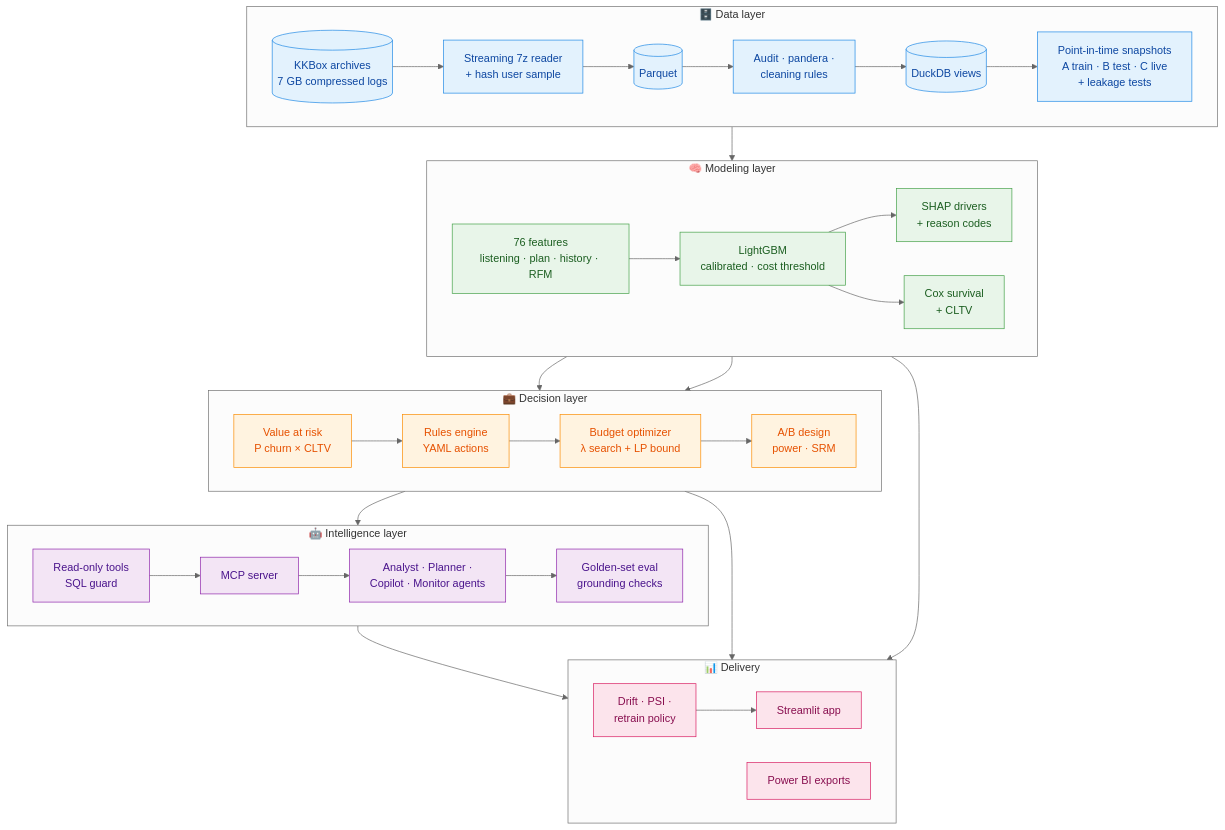
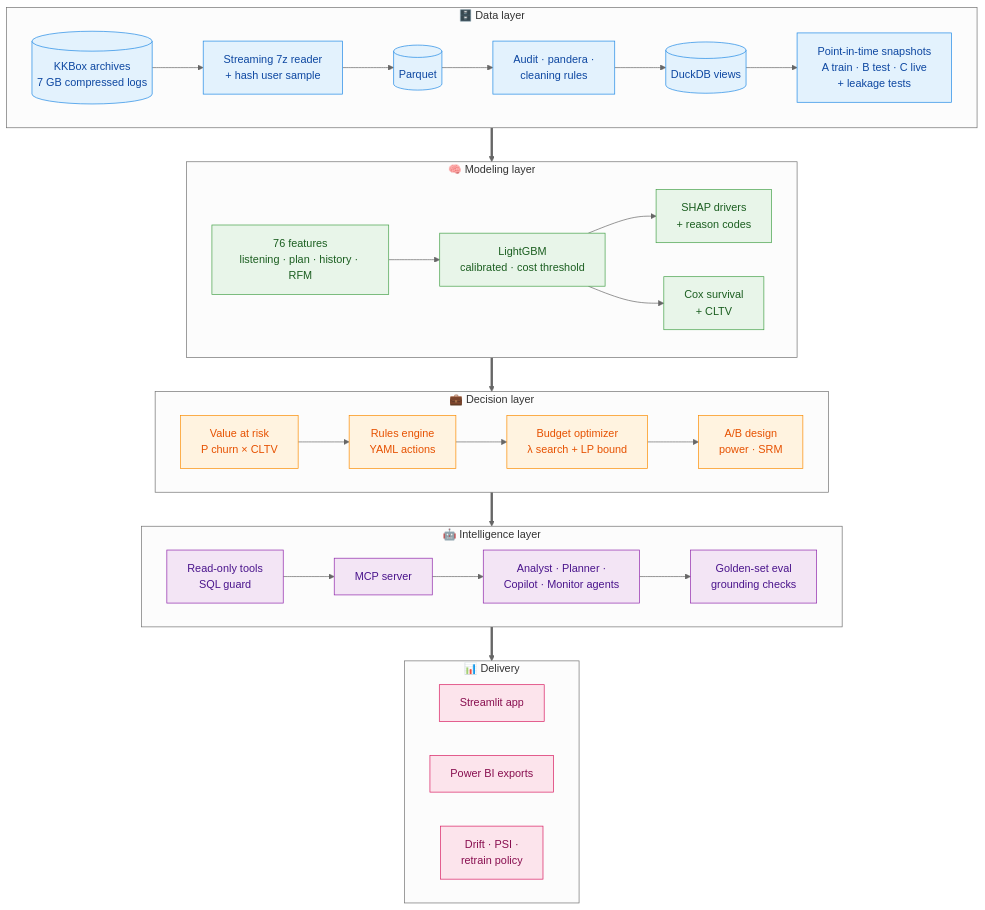
The diagram in README.md (LokeshMaan10/ChurnLens), drawn with Mermaid (neutral theme) before and after one commit.

Commit message:
README: connect architecture layers so each renders left to right

````diff
--- a/README.md
+++ b/README.md
@@ -32,59 +32,52 @@
 ```mermaid
 flowchart TB
     subgraph DATA["🗄️ Data layer"]
         direction LR
         RAW[("KKBox archives<br/>7 GB compressed logs")] --> STREAM["Streaming 7z reader<br/>+ hash user sample"]
         STREAM --> PQ[("Parquet")]
         PQ --> CLEAN["Audit · pandera ·<br/>cleaning rules"]
         CLEAN --> DUCK[("DuckDB views")]
         DUCK --> SNAP["Point-in-time snapshots<br/>A train · B test · C live<br/>+ leakage tests"]
     end
 
     subgraph ML["🧠 Modeling layer"]
         direction LR
         FEAT["76 features<br/>listening · plan · history · RFM"] --> MODEL["LightGBM<br/>calibrated · cost threshold"]
         MODEL --> SHAP["SHAP drivers<br/>+ reason codes"]
         MODEL --> SURV["Cox survival<br/>+ CLTV"]
     end
 
     subgraph DEC["💼 Decision layer"]
         direction LR
         EVAR["Value at risk<br/>P churn × CLTV"] --> RULES["Rules engine<br/>YAML actions"]
         RULES --> OPT["Budget optimizer<br/>λ search + LP bound"]
         OPT --> AB["A/B design<br/>power · SRM"]
     end
 
     subgraph AI["🤖 Intelligence layer"]
         direction LR
         TOOLS["Read-only tools<br/>SQL guard"] --> MCP["MCP server"]
         MCP --> AGENTS["Analyst · Planner ·<br/>Copilot · Monitor agents"]
         AGENTS --> EVAL["Golden-set eval<br/>grounding checks"]
     end
 
     subgraph OUT["📊 Delivery"]
         direction LR
         APP["Streamlit app"]
         PBI["Power BI exports"]
         MON["Drift · PSI ·<br/>retrain policy"]
     end
 
-    SNAP --> FEAT
-    SHAP --> EVAR
-    SURV --> EVAR
-    OPT --> TOOLS
-    MODEL --> MON
-    AGENTS --> APP
-    OPT --> PBI
-    MON --> APP
+    DATA ==> ML ==> DEC ==> AI ==> OUT
 
     classDef data fill:#E3F2FD,stroke:#1E88E5,color:#0D47A1
     classDef ml fill:#E8F5E9,stroke:#43A047,color:#1B5E20
     classDef dec fill:#FFF3E0,stroke:#FB8C00,color:#E65100
     classDef ai fill:#F3E5F5,stroke:#8E24AA,color:#4A148C
     classDef out fill:#FCE4EC,stroke:#D81B60,color:#880E4F
     class RAW,STREAM,PQ,CLEAN,DUCK,SNAP data
     class FEAT,MODEL,SHAP,SURV ml
     class EVAR,RULES,OPT,AB dec
     class TOOLS,MCP,AGENTS,EVAL ai
     class APP,PBI,MON out
 ```
````
